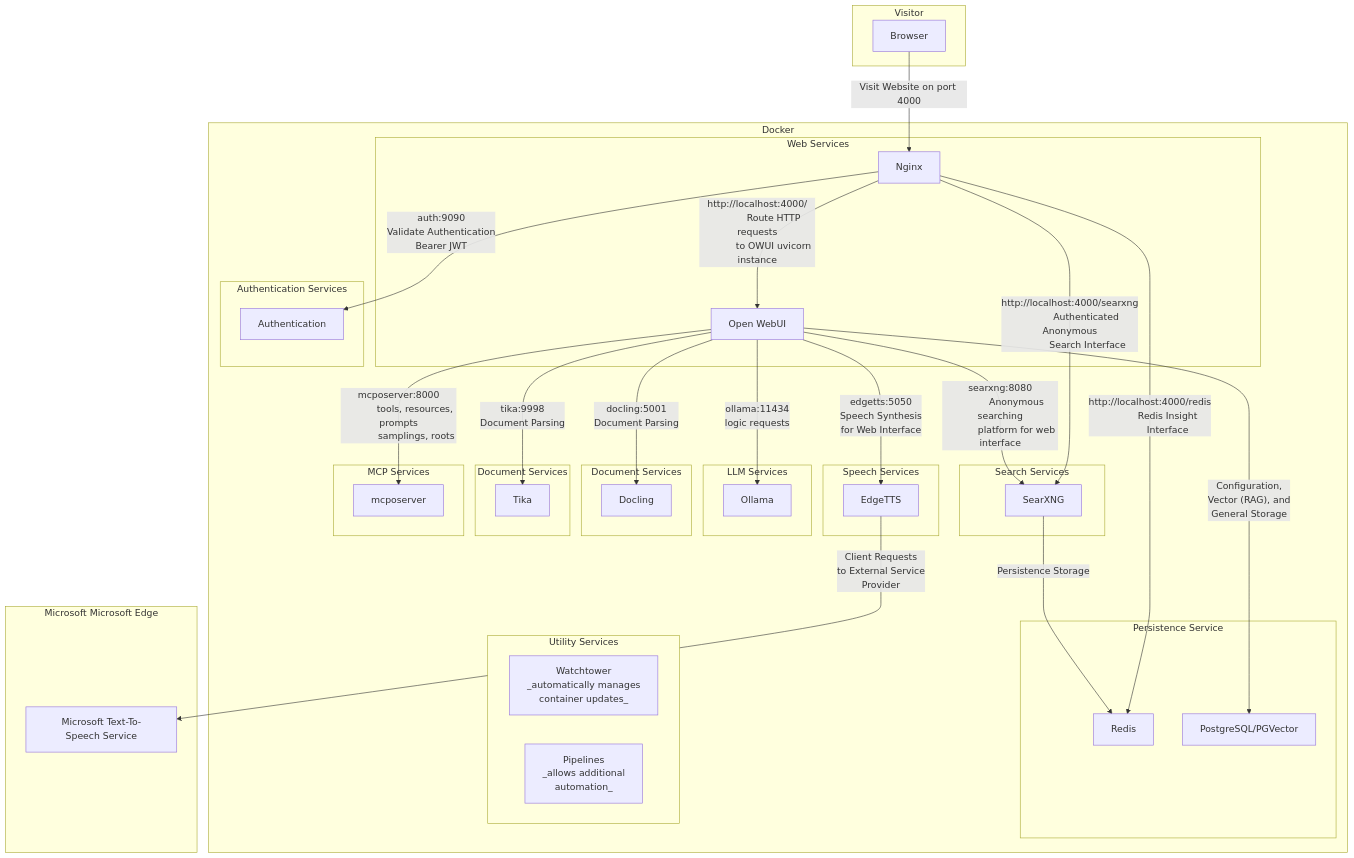
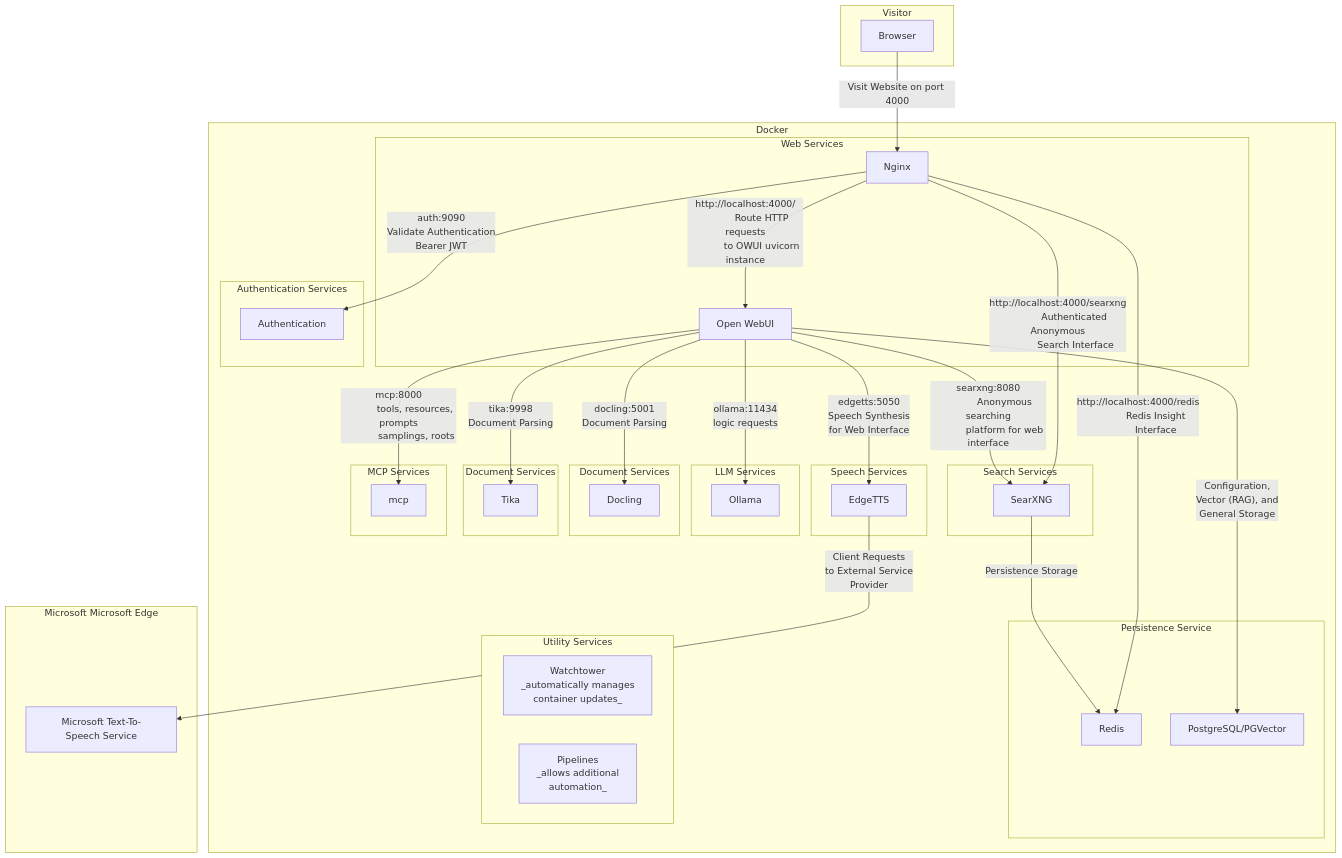
The diagram in docs/service-architecture-diagram.md (iamobservable/open-webui-starter), drawn with Mermaid before and after one commit. The commit also changed 16 other files, not shown here.

```diff
--- a/docs/service-architecture-diagram.md
+++ b/docs/service-architecture-diagram.md
@@ -83,16 +83,16 @@
         --> tika
 
         subgraph MCP Services
-            mcposerver[mcposerver]
+            mcp[mcp]
         end
 
-        openwebui -- "mcposerver:8000"
+        openwebui -- "mcp:8000"
             tools, resources, prompts
             samplings, roots
-        --> mcposerver
+        --> mcp
 
         subgraph Persistence Service
-            db[PostgreSQL/PGVector]
+            postgres[PostgreSQL/PGVector]
             redis[Redis]
         end
 
@@ -100,7 +100,7 @@
             Configuration,
             Vector (RAG), and
             General Storage
-        --> db
+        --> postgres
 
         searxng --
             Persistence Storage
```
